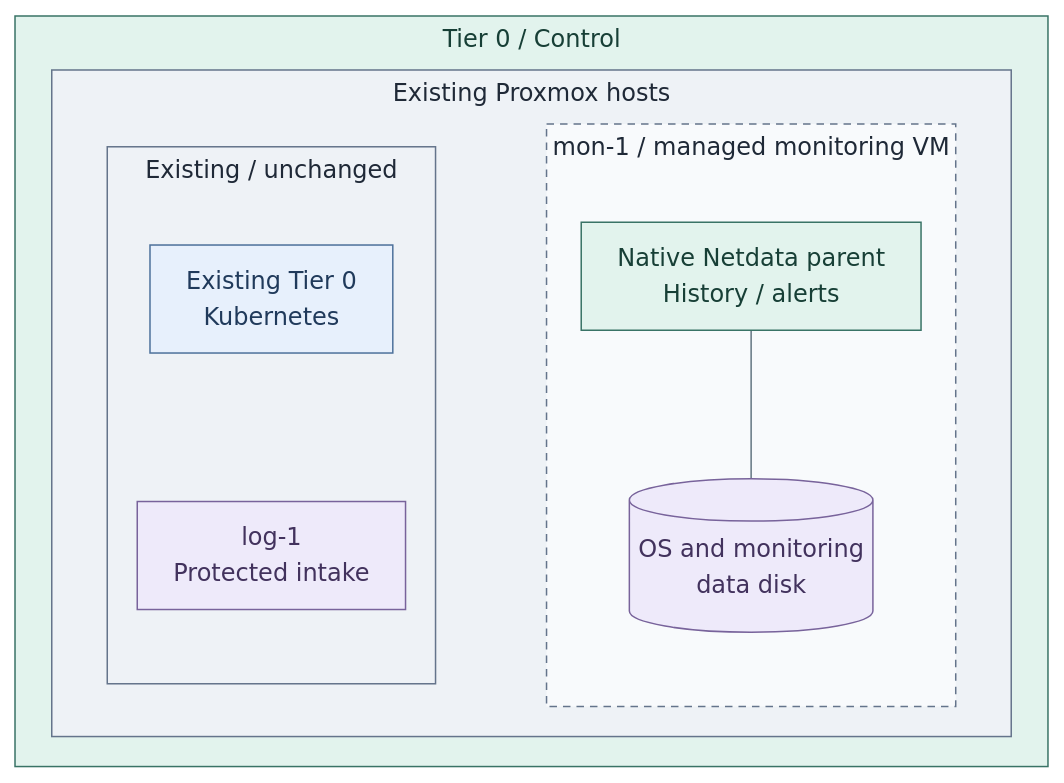
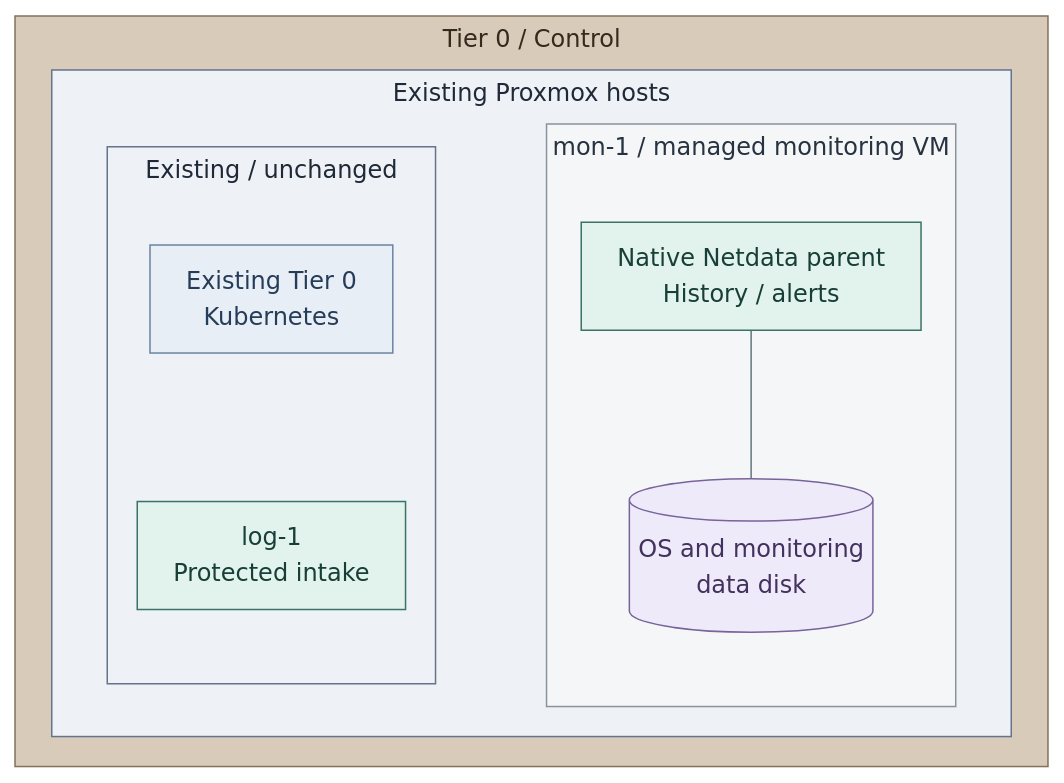
The first of 3 diagrams in docs/03-deployment/stage-6-secrets/procedures/independent-monitoring.md (Rexus/homelab), drawn with Mermaid before and after one commit. The commit also changed other lines of this file and 108 other files, not shown here.

Commit message:
docs(diagrams): unify visual language and opening views

````diff
--- a/docs/03-deployment/stage-6-secrets/procedures/independent-monitoring.md
+++ b/docs/03-deployment/stage-6-secrets/procedures/independent-monitoring.md
@@ -17,33 +17,36 @@
 ```mermaid
 %%{init: {"theme":"base","flowchart":{"nodeSpacing":20,"rankSpacing":24,"padding":12,"subGraphTitleMargin":{"top":4,"bottom":12}},"themeVariables":{"lineColor":"#627581","edgeLabelBackground":"#f8fafc"}}}%%
 flowchart TB
   subgraph T0["Tier 0 / Control"]
     subgraph PVE["Existing Proxmox hosts"]
       direction LR
       subgraph Context["Existing / unchanged"]
         direction TB
         Cluster["Existing Tier 0<br/>Kubernetes"]
         Existing["log-1<br/>Protected intake"]
         Cluster ~~~ Existing
       end
       subgraph Project["mon-1 / managed monitoring VM"]
         direction TB
         Host["Native Netdata parent<br/>History / alerts"]
         Disk[("OS and monitoring<br/>data disk")]
         Host --- Disk
       end
       Context ~~~ Project
     end
   end
   classDef default fill:#f8fafc,stroke:#64748b,color:#1f2937
+  classDef kubernetes fill:#e8eef6,stroke:#6b83a3,color:#263d59
+  class Cluster kubernetes
   classDef data fill:#eeeafa,stroke:#78639b,color:#42325d
   classDef control fill:#e2f3ed,stroke:#397366,color:#173f36
   classDef services fill:#e7f0fc,stroke:#4d719b,color:#203a5b
   classDef boundary fill:#eef2f6,stroke:#64748b,color:#1f2937
-  classDef replicas fill:#f8fafc,stroke:#64748b,color:#1f2937,stroke-dasharray:5 4
-  class Existing,Disk data
-  class T0,Host control
-  class Cluster services
+  classDef group fill:#f5f6f7,stroke:#89939e,color:#273340
+  class Disk data
+  class Existing,Host control
   class PVE,Context boundary
-  class Project replicas
+  class Project group
+  classDef tier0 fill:#d8cbb9,stroke:#83715a,color:#352a1e
+  class T0 tier0
 ```
````
